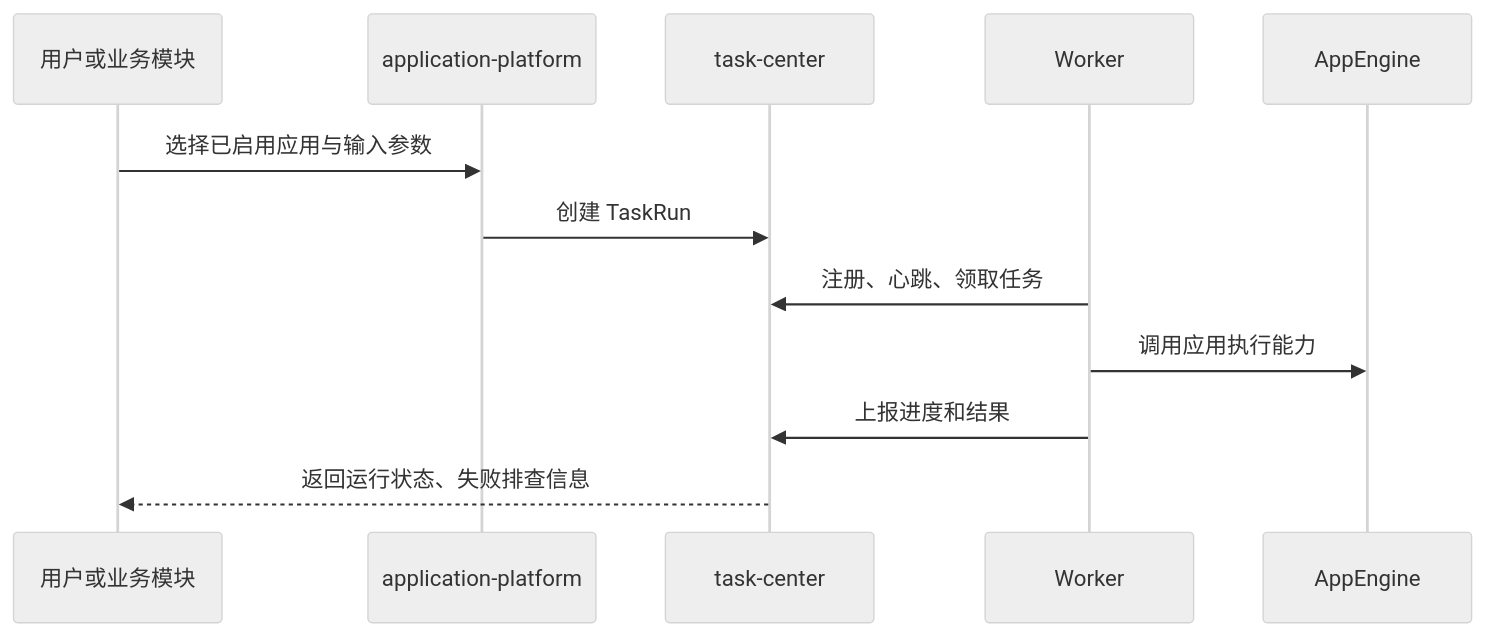
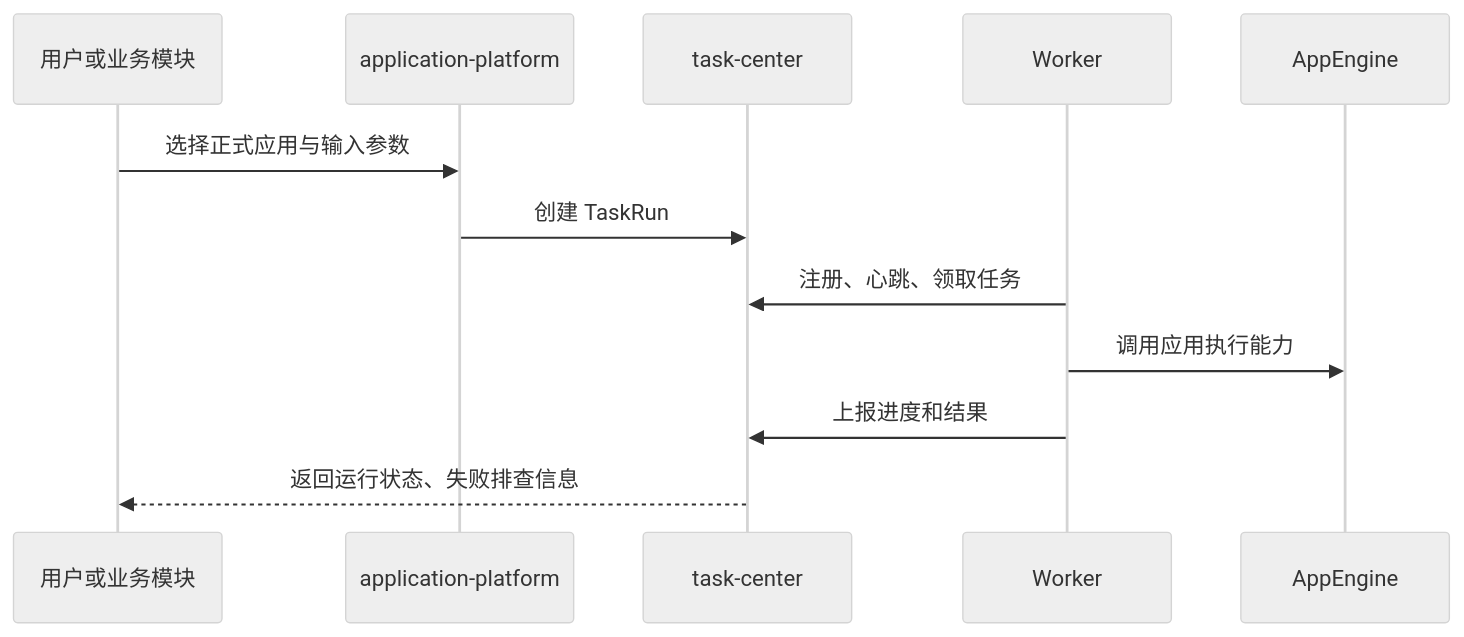
Before and after one commit to wangweihong/omnimam-spec: the third of 3 diagrams in 02_architecture/global-architecture.md, drawn with Mermaid (neutral theme). The commit also changed other lines of this file and 14 other files, not shown here.

Commit message:
Add user app engine contracts

````diff
--- a/02_architecture/global-architecture.md
+++ b/02_architecture/global-architecture.md
@@ -78,15 +78,15 @@
 ```mermaid
 sequenceDiagram
   participant User as 用户或业务模块
   participant App as application-platform
   participant Task as task-center
   participant Worker as Worker
   participant Engine as AppEngine
 
-  User->>App: 选择已启用应用与输入参数
+  User->>App: 选择正式应用与输入参数
   App->>Task: 创建 TaskRun
   Worker->>Task: 注册、心跳、领取任务
   Worker->>Engine: 调用应用执行能力
   Worker->>Task: 上报进度和结果
   Task-->>User: 返回运行状态、失败排查信息
 ```
````
